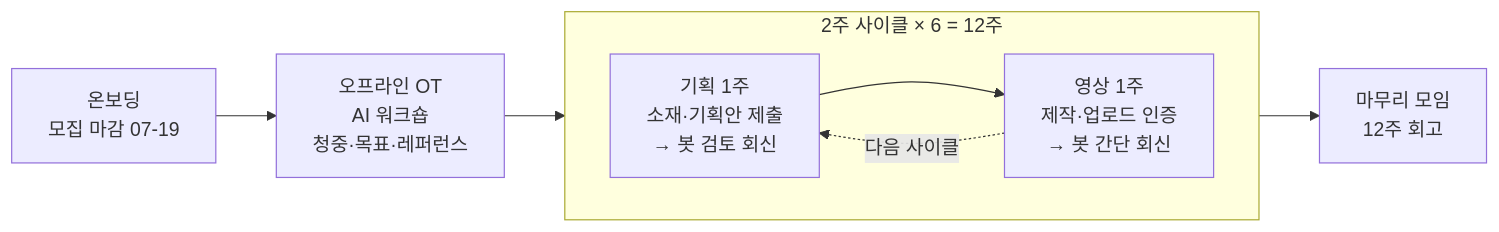
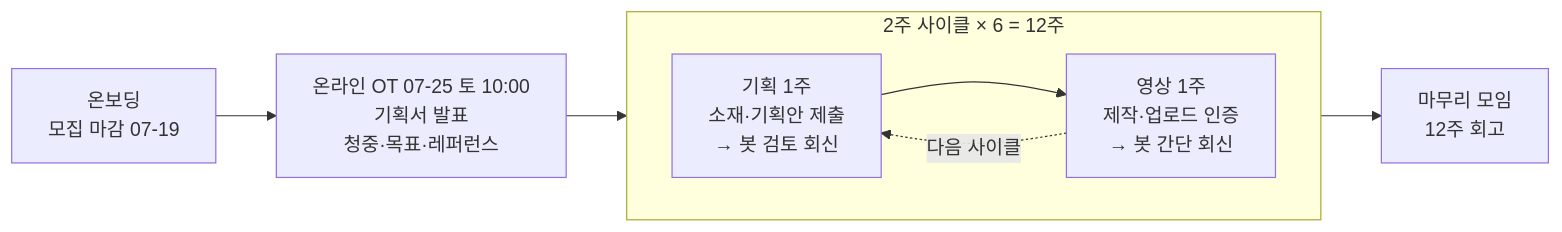
The diagram in README.md (ggplab/youtube-challenge), drawn with Mermaid before and after one commit. The commit also changed other lines of this file and 1 other file, not shown here.

Commit message:
docs: 온라인 OT 07-25(토) 오전 10시 확정 — 기획서 숙제·OT 발표 프레임 반영

````diff
--- a/README.md
+++ b/README.md
@@ -25,11 +25,11 @@
 ```mermaid
 flowchart LR
-    A[온보딩<br/>모집 마감 07-19] --> B[오프라인 OT<br/>AI 워크숍<br/>청중·목표·레퍼런스]
+    A[온보딩<br/>모집 마감 07-19] --> B[온라인 OT 07-25 토 10:00<br/>기획서 발표<br/>청중·목표·레퍼런스]
     B --> C
     subgraph C[2주 사이클 × 6 = 12주]
         direction LR
         P[기획 1주<br/>소재·기획안 제출<br/>→ 봇 검토 회신] --> V[영상 1주<br/>제작·업로드 인증<br/>→ 봇 간단 회신]
         V -.다음 사이클.-> P
     end
     C --> D[마무리 모임<br/>12주 회고]
 ```
````
